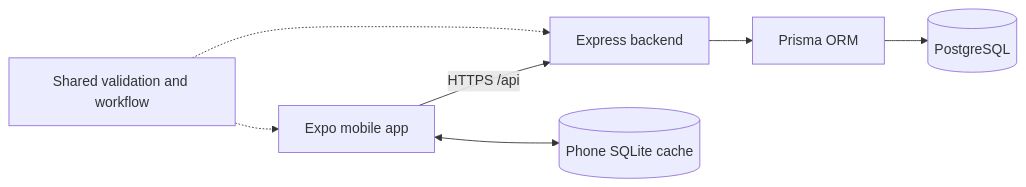
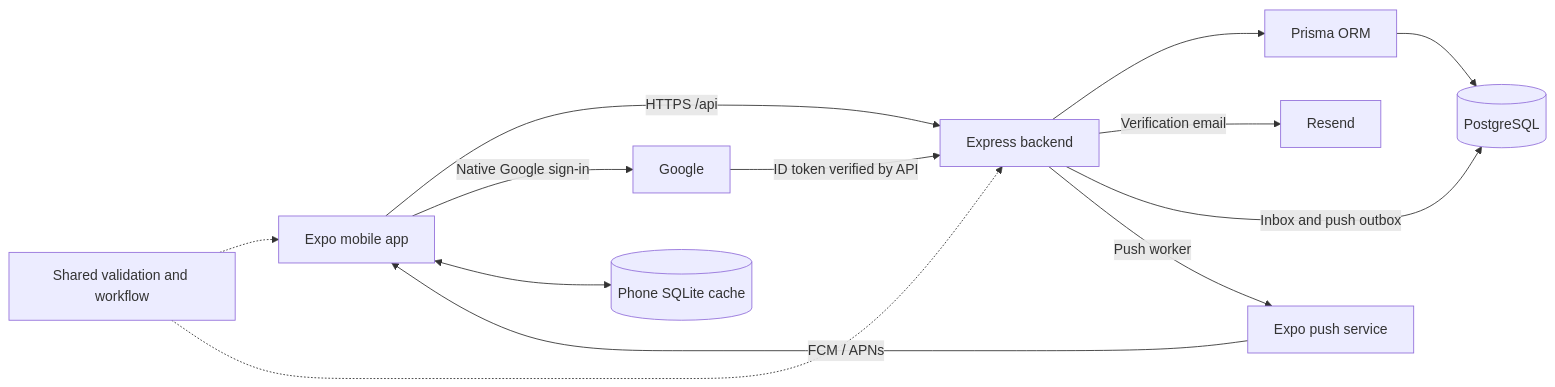
One commit to samiksha-jangid27/LaundryTrack changed the diagram in README.md. Above: the diagram before and after it, drawn with Mermaid. The commit also changed other lines of this file and 66 other files, not shown here.

Commit message:
Complete verified sign-in, role workflows, mobile UI and notifications

````diff
--- a/README.md
+++ b/README.md
@@ -39,9 +115,15 @@
 ```mermaid
 flowchart LR
   App[Expo mobile app] -->|HTTPS /api| API[Express backend]
   API --> Prisma[Prisma ORM]
   Prisma --> DB[(PostgreSQL)]
+  API -->|Verification email| Mail[Resend]
+  App -->|Native Google sign-in| Google[Google]
+  Google -->|ID token verified by API| API
+  API -->|Inbox and push outbox| DB
+  API -->|Push worker| ExpoPush[Expo push service]
+  ExpoPush -->|FCM / APNs| App
   App <--> Cache[(Phone SQLite cache)]
   Shared[Shared validation and workflow] -.-> App
   Shared -.-> API
 ```
````
